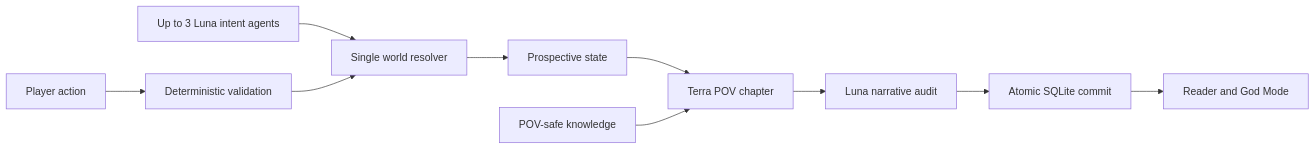
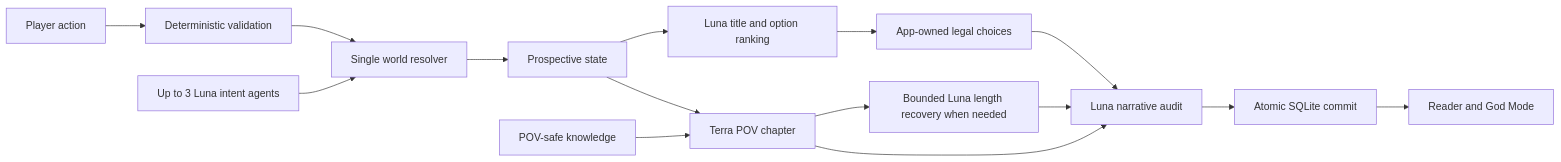
The diagram in README.md (shivam-g10/infinite-litrpg), drawn with Mermaid before and after one commit. The commit also changed other lines of this file and 15 other files, not shown here.

````diff
--- a/README.md
+++ b/README.md
@@ -47,12 +47,17 @@
 ```mermaid
 flowchart LR
     U["Player action"] --> V["Deterministic validation"]
     L["Up to 3 Luna intent agents"] --> R["Single world resolver"]
     V --> R
     R --> S["Prospective state"]
+    S --> O["Luna title and option ranking"]
+    O --> F["App-owned legal choices"]
     S --> T["Terra POV chapter"]
     K["POV-safe knowledge"] --> T
+    T --> X["Bounded Luna length recovery when needed"]
+    X --> A
     T --> A["Luna narrative audit"]
+    F --> A
     A --> C["Atomic SQLite commit"]
     C --> P["Reader and God Mode"]
 ```
````
